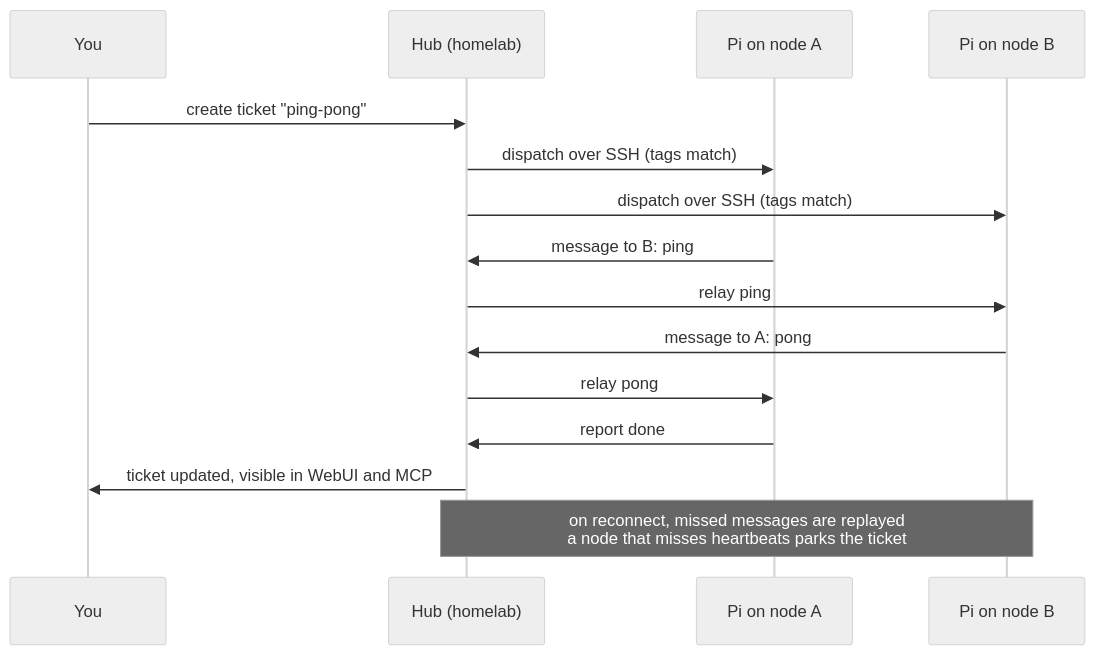
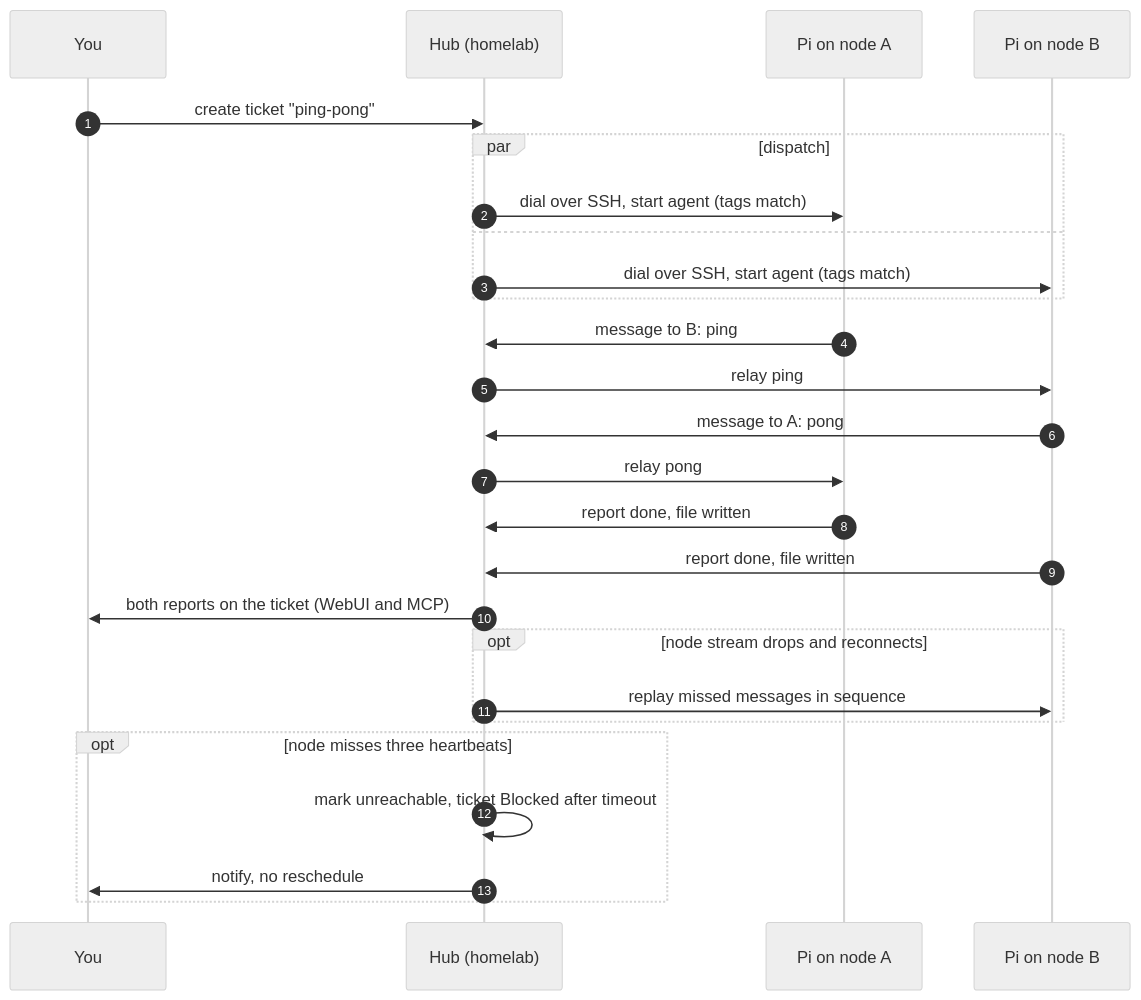
One commit to vietbui1999ru/llm-wiki changed the eighth of 8 diagrams in docs-site/guides/harness-migration.mdx. Above: the diagram before and after it, drawn with Mermaid (neutral theme). The commit also changed other lines of this file and 3 other files, not shown here.

First line of the commit message:
docs(guides): harness migration as an 8-chart MVP presentation (#61)

````diff
--- a/docs-site/guides/harness-migration.mdx
+++ b/docs-site/guides/harness-migration.mdx
@@ -179,18 +252,30 @@
 ```mermaid
 sequenceDiagram
+    autonumber
     participant You
     participant Hub as Hub (homelab)
     participant A as Pi on node A
     participant B as Pi on node B
 
     You->>Hub: create ticket "ping-pong"
-    Hub->>A: dispatch over SSH (tags match)
-    Hub->>B: dispatch over SSH (tags match)
+    par dispatch
+        Hub->>A: dial over SSH, start agent (tags match)
+    and
+        Hub->>B: dial over SSH, start agent (tags match)
+    end
     A->>Hub: message to B: ping
     Hub->>B: relay ping
     B->>Hub: message to A: pong
     Hub->>A: relay pong
-    A->>Hub: report done
-    Hub->>You: ticket updated, visible in WebUI and MCP
-    Note over Hub,B: on reconnect, missed messages are replayed<br>a node that misses heartbeats parks the ticket
+    A->>Hub: report done, file written
+    B->>Hub: report done, file written
+    Hub->>You: both reports on the ticket (WebUI and MCP)
+
+    opt node stream drops and reconnects
+        Hub->>B: replay missed messages in sequence
+    end
+    opt node misses three heartbeats
+        Hub->>Hub: mark unreachable, ticket Blocked after timeout
+        Hub->>You: notify, no reschedule
+    end
 ```
````
